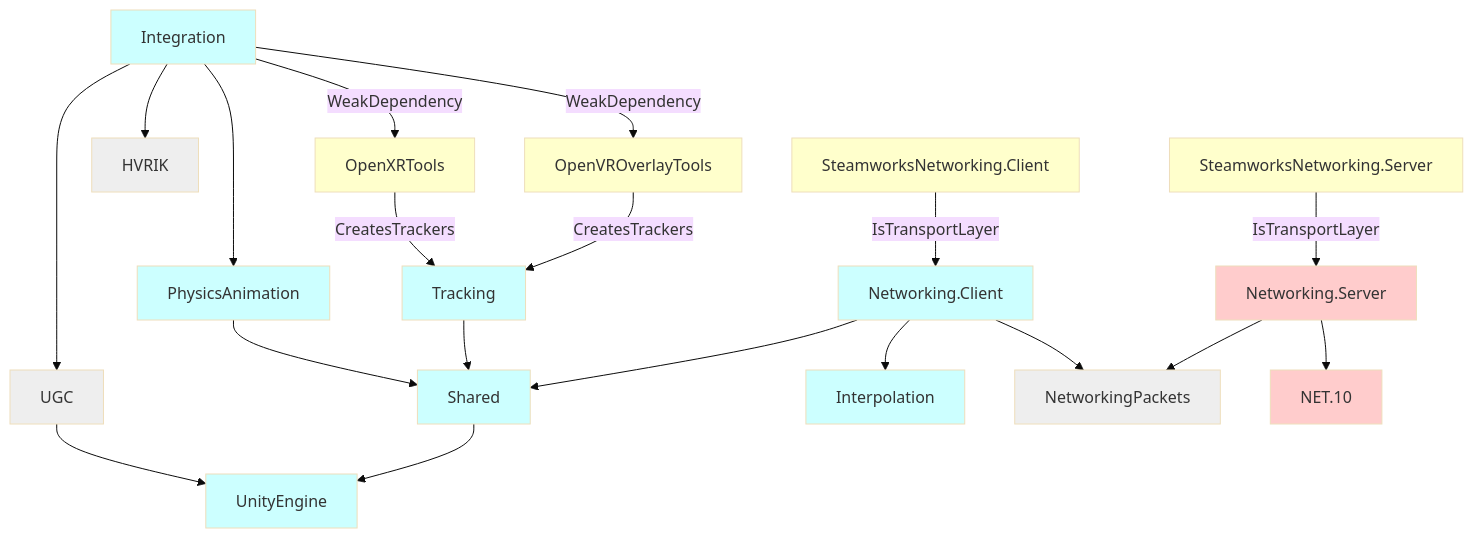
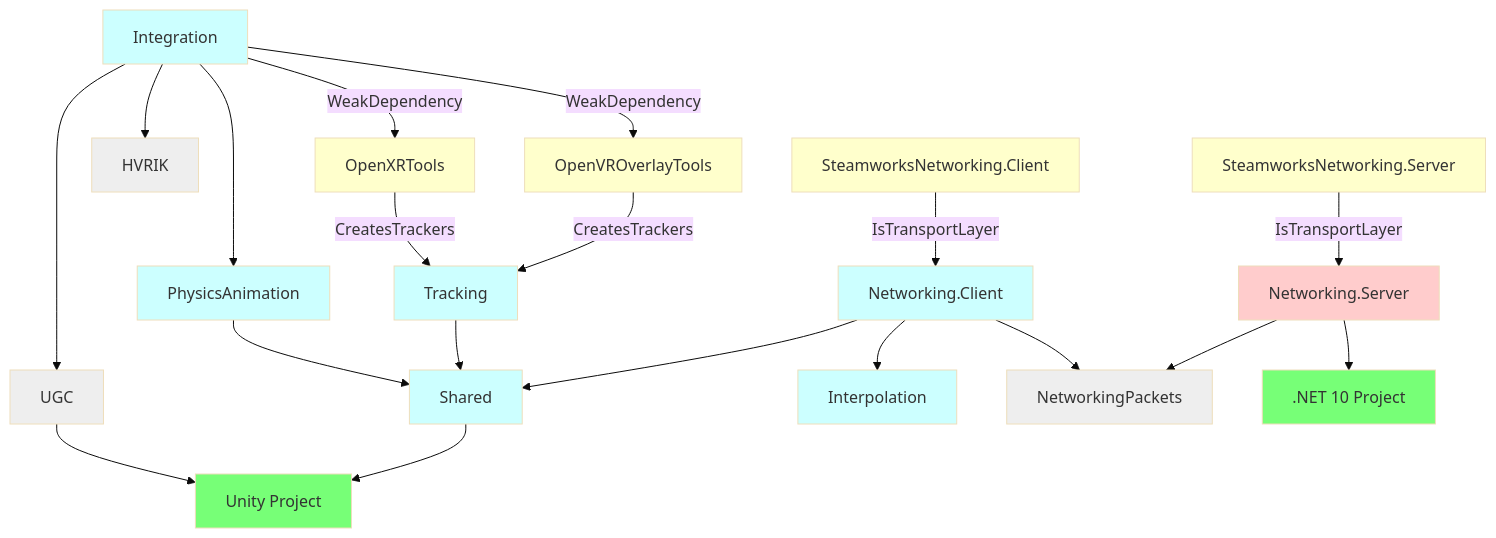
One commit to hai-vr/documentation changed the diagram in docs/hvr/core/structure.md. Above: the diagram before and after it, drawn with Mermaid (base theme). The commit also changed 4 other files, not shown here.

````diff
--- a/docs/hvr/core/structure.md
+++ b/docs/hvr/core/structure.md
@@ -16,33 +16,34 @@
 ```mermaid
 graph TD;
     PhysicsAnimation-->Shared:::unity;
     Tracking-->Shared:::unity;
     OpenXRTools:::vendor-->|CreatesTrackers|Tracking:::unity;
     Integration-->HVRIK:::neutral;
     OpenVROverlayTools:::vendor-->|CreatesTrackers|Tracking:::unity;
     
     Integration:::unity-->|WeakDependency|OpenXRTools;
     Integration-->|WeakDependency|OpenVROverlayTools;
     Integration-->PhysicsAnimation:::unity;
     Integration-->UGC:::neutral;
     
     Networking.Client:::unity-->Interpolation:::unity;
     Networking.Client-->NetworkingPackets:::neutral;
     Networking.Client-->Shared:::unity;
     
-    UGC-->UnityEngine:::neutral;
-    Shared-->UnityEngine:::unity;
+    UGC-->UnityEngine[Unity Project]:::neutral;
+    Shared-->UnityEngine:::solid;
     
     Networking.Server:::dotnet10-->NetworkingPackets
-    Networking.Server-->NET.10:::dotnet10;
+    Networking.Server-->NET10[.NET 10 Project]:::solid;
     
     SteamworksNetworking.Client:::vendor-->|IsTransportLayer|Networking.Client
     SteamworksNetworking.Server:::vendor-->|IsTransportLayer|Networking.Server
     
     classDef disabled fill:#CCC
     classDef neutral fill:#EEE
     classDef roots fill:#FCC
     classDef unity fill:#CFF
     classDef dotnet10 fill:#FCC
     classDef vendor fill:#FFC
+    classDef solid fill:#7F7
 ```
````
